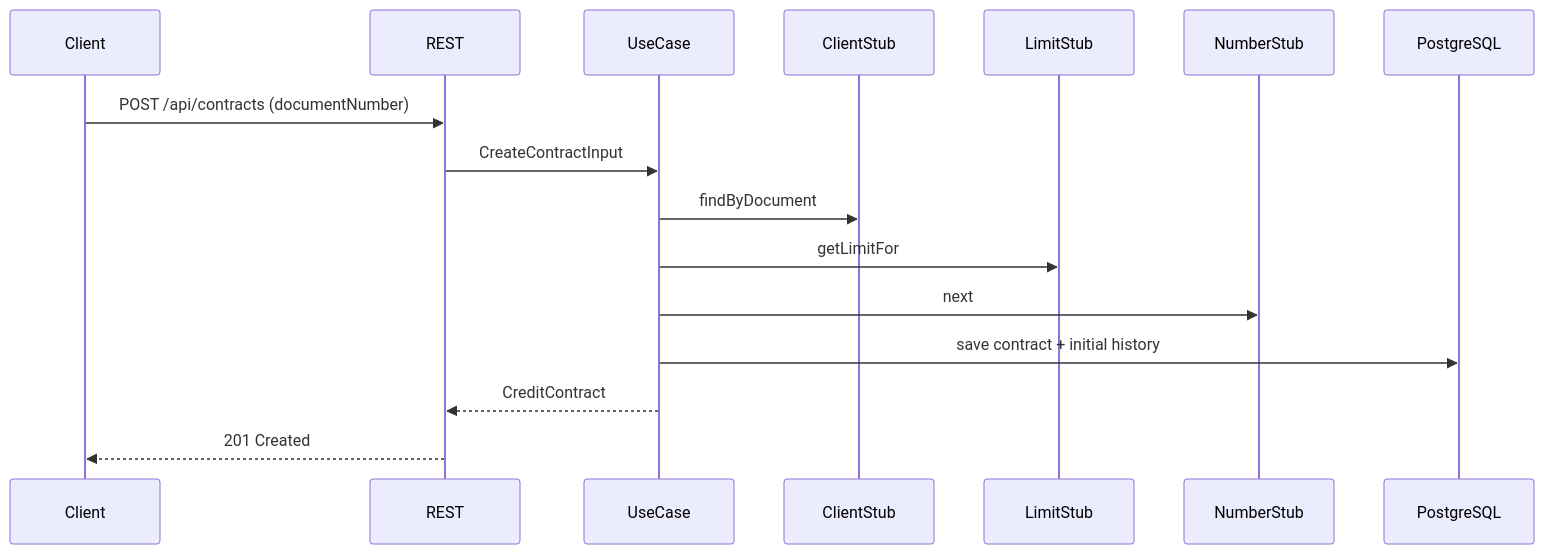
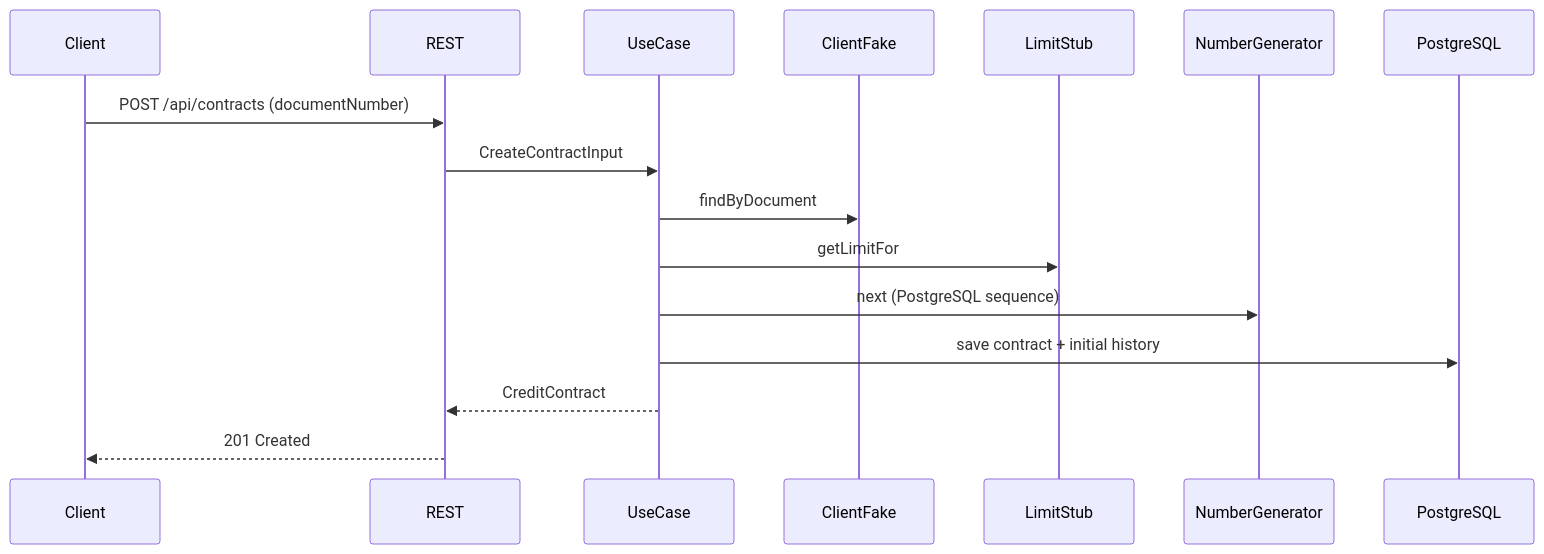
The fourth of 4 diagrams in docs/architecture/overview.md (tmcly/credit-contract-manager), drawn with Mermaid before and after one commit. The commit also changed other lines of this file and 7 other files, not shown here.

Commit message:
refactor: add deterministic client fake

````diff
--- a/docs/architecture/overview.md
+++ b/docs/architecture/overview.md
@@ -126,19 +127,19 @@
 ```mermaid
 sequenceDiagram
     participant Client
     participant REST
     participant UseCase
-    participant ClientStub
+    participant ClientFake
     participant LimitStub
-    participant NumberStub
+    participant NumberGenerator
     participant PostgreSQL
 
     Client->>REST: POST /api/contracts (documentNumber)
     REST->>UseCase: CreateContractInput
-    UseCase->>ClientStub: findByDocument
+    UseCase->>ClientFake: findByDocument
     UseCase->>LimitStub: getLimitFor
-    UseCase->>NumberStub: next
+    UseCase->>NumberGenerator: next (PostgreSQL sequence)
     UseCase->>PostgreSQL: save contract + initial history
     UseCase-->>REST: CreditContract
     REST-->>Client: 201 Created
 ```
````
